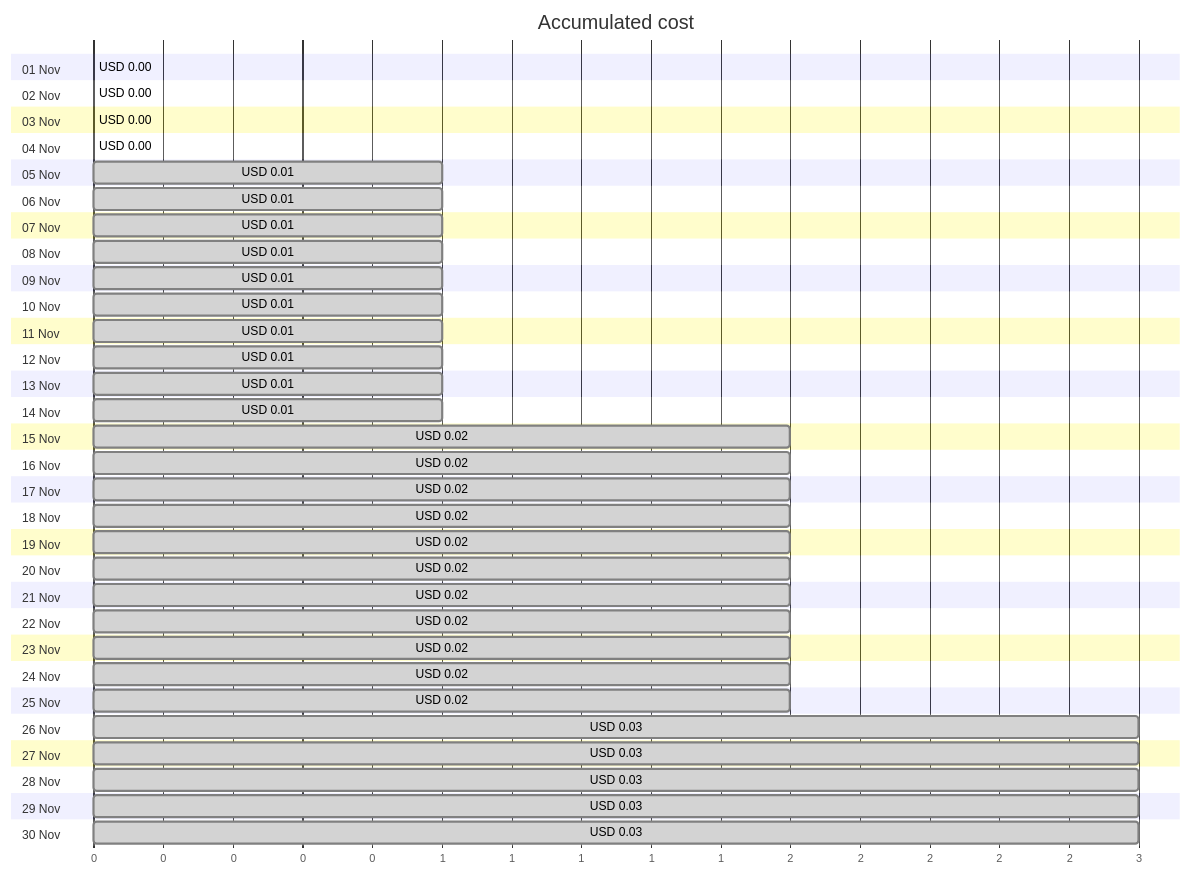
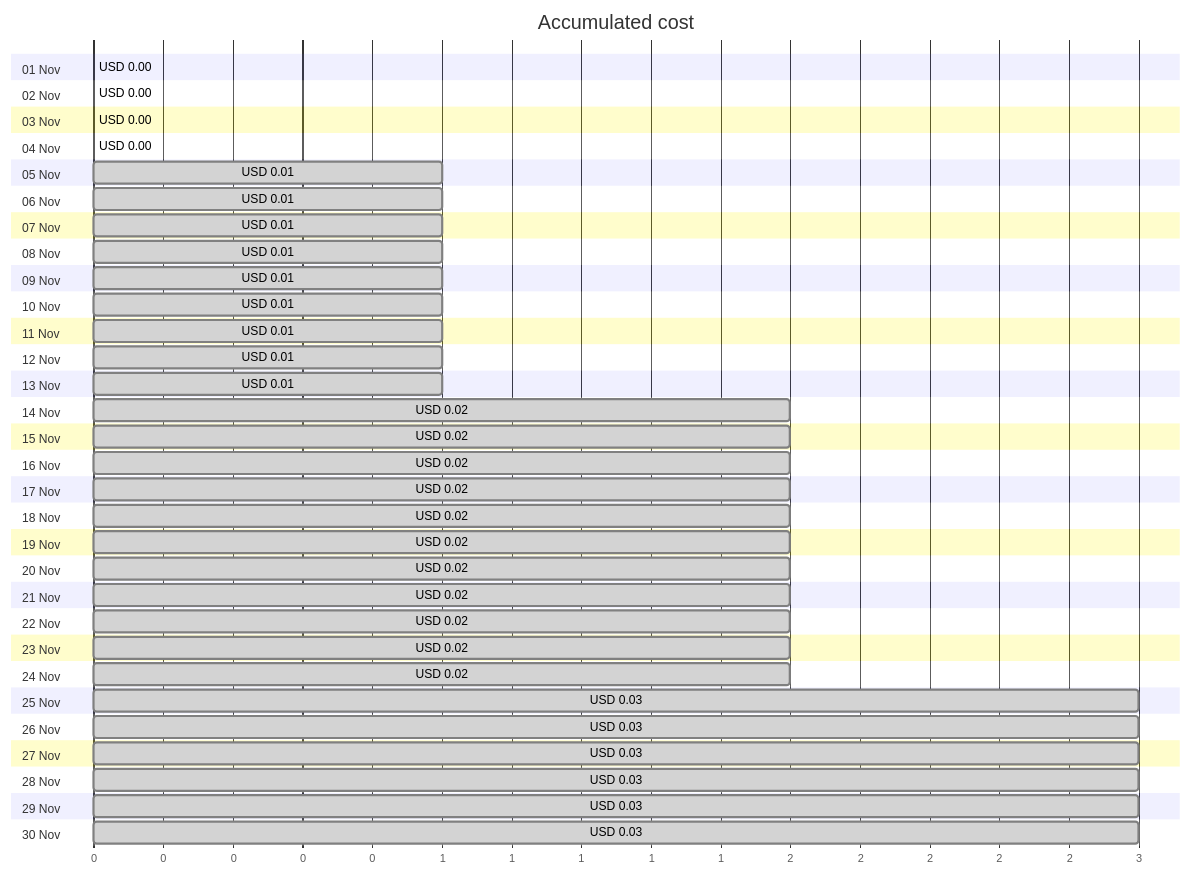
One commit to jpfulton/azure-personal-reports changed the first of 4 diagrams in cost-reports/personal-site/personalsiteapistorage.md. Above: the diagram before and after it, drawn with Mermaid. The commit also changed other lines of this file and 6 other files, not shown here.

````diff
--- a/cost-reports/personal-site/personalsiteapistorage.md
+++ b/cost-reports/personal-site/personalsiteapistorage.md
@@ -20,66 +20,66 @@
 ```mermaid
 gantt
    title Accumulated cost
    dateFormat  X
    axisFormat %s
    section 01 Nov
    USD 0.00 :0, 0
    section 02 Nov
    USD 0.00 :0, 0
    section 03 Nov
    USD 0.00 :0, 0
    section 04 Nov
-   USD 0.00 : done, 0, 0
+   USD 0.00 :0, 0
    section 05 Nov
    USD 0.01 : done, 0, 1
    section 06 Nov
    USD 0.01 : done, 0, 1
    section 07 Nov
    USD 0.01 : done, 0, 1
    section 08 Nov
    USD 0.01 : done, 0, 1
    section 09 Nov
    USD 0.01 : done, 0, 1
    section 10 Nov
    USD 0.01 : done, 0, 1
    section 11 Nov
    USD 0.01 : done, 0, 1
    section 12 Nov
    USD 0.01 : done, 0, 1
    section 13 Nov
    USD 0.01 : done, 0, 1
    section 14 Nov
-   USD 0.01 : done, 0, 1
+   USD 0.02 : done, 0, 2
    section 15 Nov
    USD 0.02 : done, 0, 2
    section 16 Nov
    USD 0.02 : done, 0, 2
    section 17 Nov
    USD 0.02 : done, 0, 2
    section 18 Nov
    USD 0.02 : done, 0, 2
    section 19 Nov
    USD 0.02 : done, 0, 2
    section 20 Nov
    USD 0.02 : done, 0, 2
    section 21 Nov
    USD 0.02 : done, 0, 2
    section 22 Nov
    USD 0.02 : done, 0, 2
    section 23 Nov
    USD 0.02 : done, 0, 2
    section 24 Nov
    USD 0.02 : done, 0, 2
    section 25 Nov
-   USD 0.02 : done, 0, 2
+   USD 0.03 : done, 0, 3
    section 26 Nov
    USD 0.03 : done, 0, 3
    section 27 Nov
    USD 0.03 : done, 0, 3
    section 28 Nov
    USD 0.03 : done, 0, 3
    section 29 Nov
    USD 0.03 : done, 0, 3
    section 30 Nov
    USD 0.03 : done, 0, 3
 ```
````
